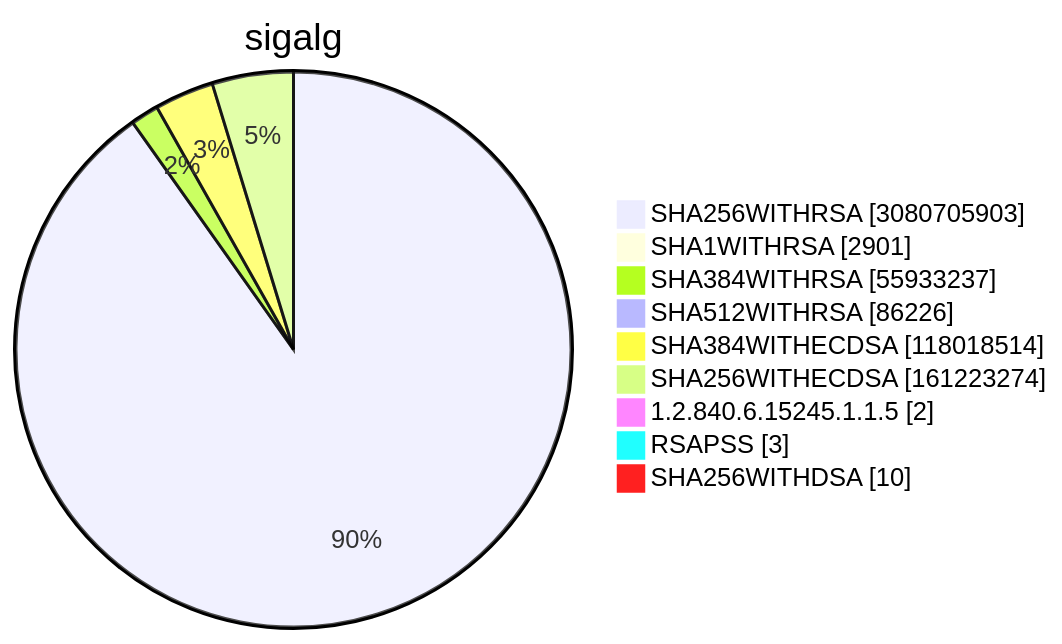
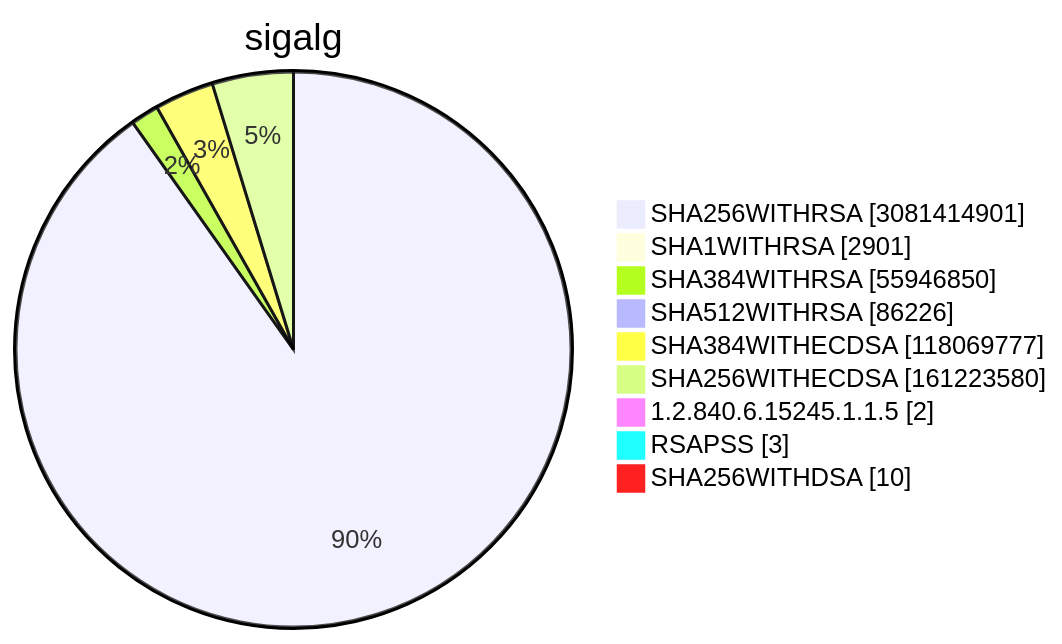
One commit to christiankrug/ctmonitor_visualization changed diagram 15 of 15 in TOTAL/README.md. Above: the diagram before and after it, drawn with Mermaid. The commit also changed other lines of this file, not shown here.

````diff
--- a/TOTAL/README.md
+++ b/TOTAL/README.md
@@ -6209,13 +6209,13 @@
 ```mermaid
 pie showData
 title sigalg
-"SHA256WITHRSA" :3080705903
+"SHA256WITHRSA" :3081414901
 "SHA1WITHRSA" :2901
-"SHA384WITHRSA" :55933237
+"SHA384WITHRSA" :55946850
 "SHA512WITHRSA" :86226
-"SHA384WITHECDSA" :118018514
-"SHA256WITHECDSA" :161223274
+"SHA384WITHECDSA" :118069777
+"SHA256WITHECDSA" :161223580
 "1.2.840.6.15245.1.1.5" :2
 "RSAPSS" :3
 "SHA256WITHDSA" :10
 ```
````
